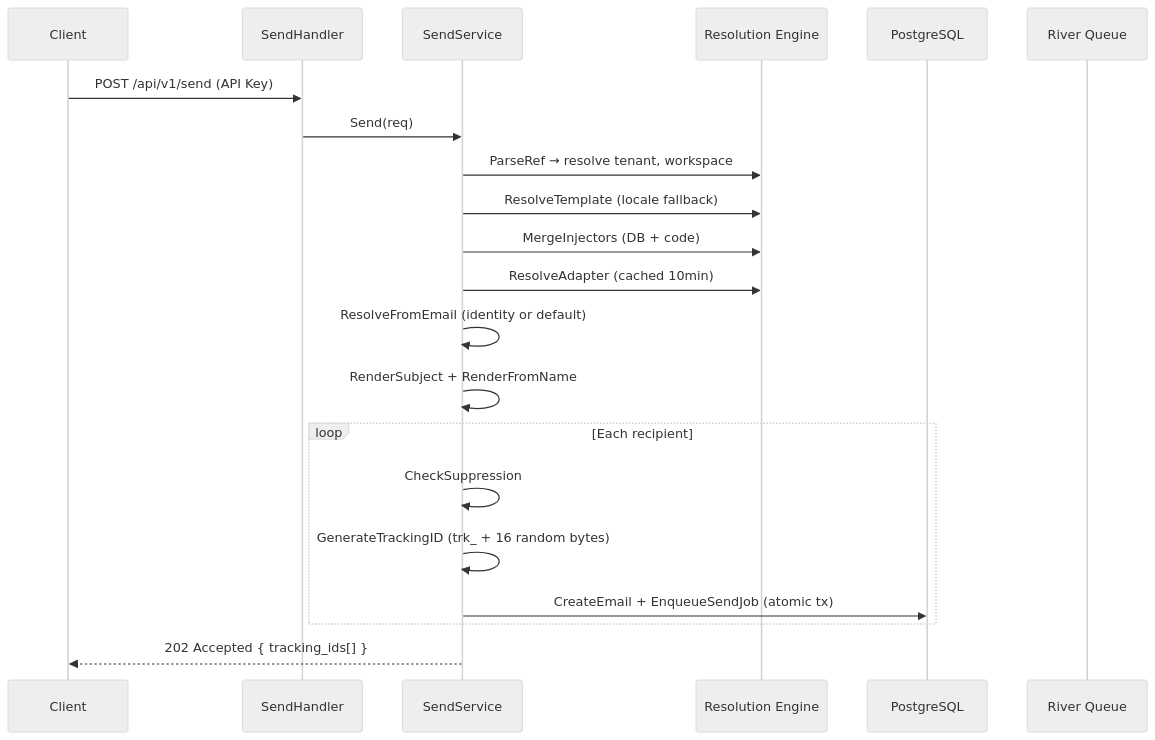
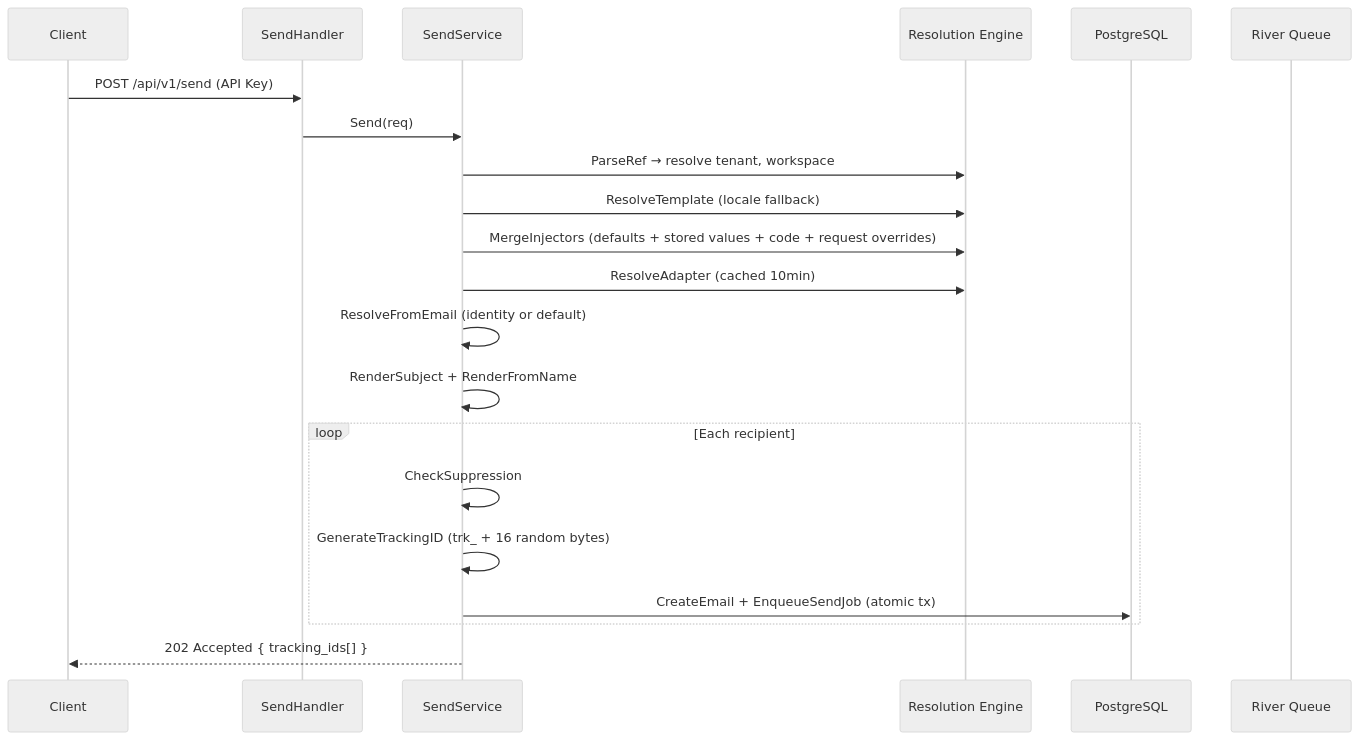
The second of 9 diagrams in docs/EMAIL_FLOWS.md (rendis/senda), drawn with Mermaid (neutral theme) before and after one commit. The commit also changed other lines of this file and 13 other files, not shown here.

````diff
--- a/docs/EMAIL_FLOWS.md
+++ b/docs/EMAIL_FLOWS.md
@@ -49,24 +49,24 @@
 ```mermaid
 sequenceDiagram
     participant C as Client
     participant H as SendHandler
     participant S as SendService
     participant R as Resolution Engine
     participant DB as PostgreSQL
     participant Q as River Queue
 
     C->>H: POST /api/v1/send (API Key)
     H->>S: Send(req)
     S->>R: ParseRef → resolve tenant, workspace
     S->>R: ResolveTemplate (locale fallback)
-    S->>R: MergeInjectors (DB + code)
+    S->>R: MergeInjectors (defaults + stored values + code + request overrides)
     S->>R: ResolveAdapter (cached 10min)
     S->>S: ResolveFromEmail (identity or default)
     S->>S: RenderSubject + RenderFromName
     loop Each recipient
         S->>S: CheckSuppression
         S->>S: GenerateTrackingID (trk_ + 16 random bytes)
         S->>DB: CreateEmail + EnqueueSendJob (atomic tx)
     end
     S-->>C: 202 Accepted { tracking_ids[] }
 ```
````
